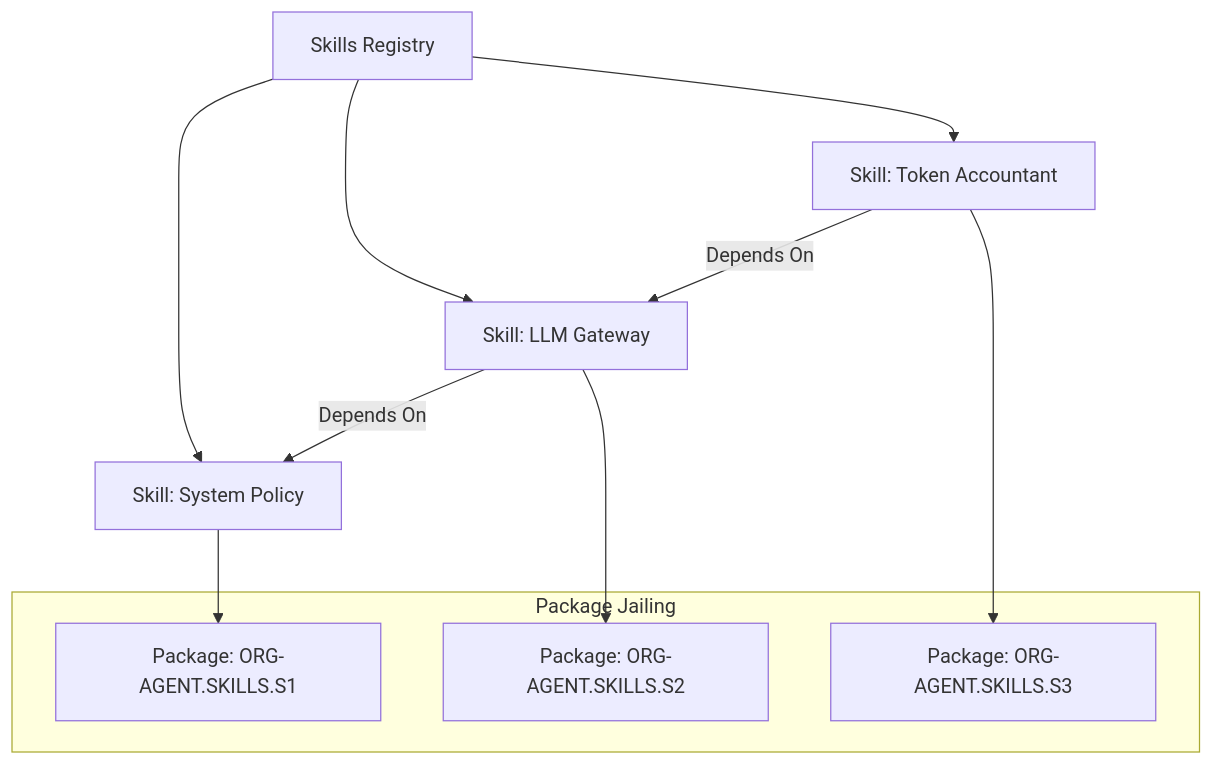
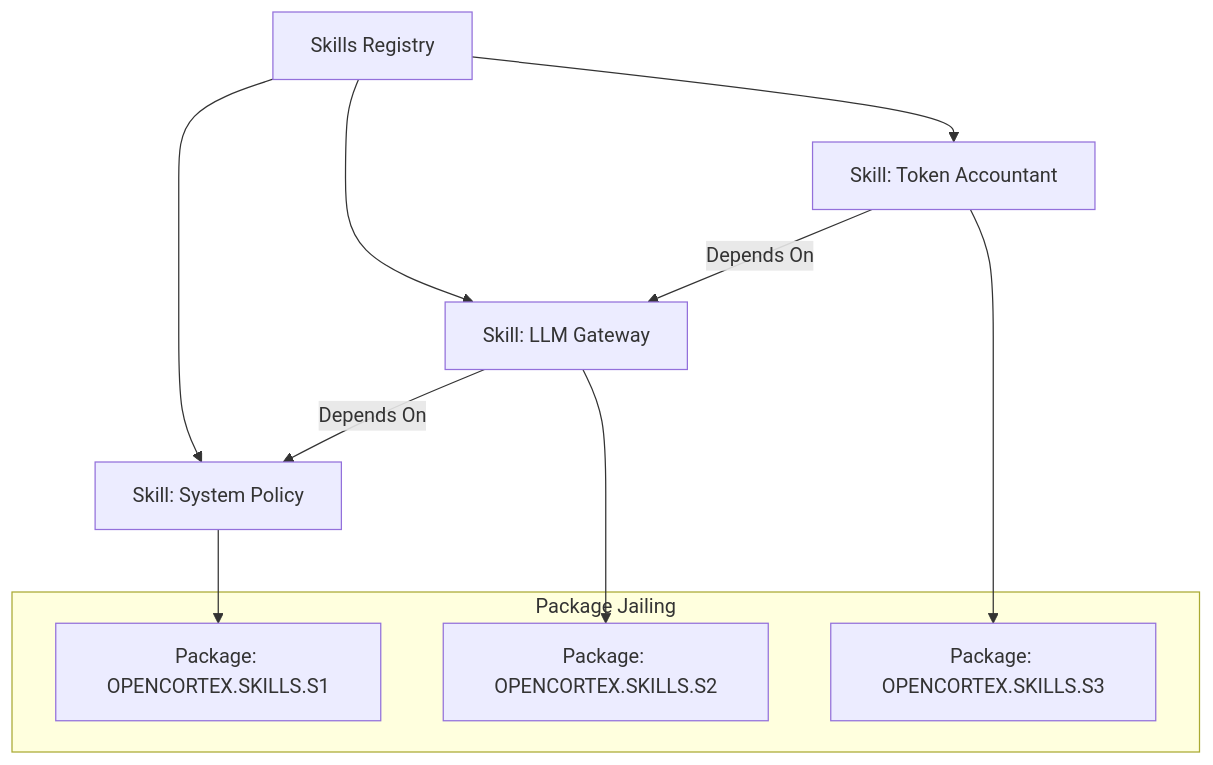
Before and after one commit to amrgharbeia/opencortex: the first of 2 diagrams in literate/skills.org, drawn with Mermaid. The commit also changed other lines of this file and 96 other files, not shown here.

Commit message:
REFAC: Global rename of org-agent to opencortex

```diff
--- a/literate/skills.org
+++ b/literate/skills.org
@@ -26,18 +26,18 @@
 #+begin_src mermaid
 flowchart TD
     Registry[Skills Registry] --> S1[Skill: System Policy]
     Registry --> S2[Skill: LLM Gateway]
     Registry --> S3[Skill: Token Accountant]
     S2 -- Depends On --> S1
     S3 -- Depends On --> S2
     
     subgraph Jailing[Package Jailing]
-        P1[Package: ORG-AGENT.SKILLS.S1]
-        P2[Package: ORG-AGENT.SKILLS.S2]
-        P3[Package: ORG-AGENT.SKILLS.S3]
+        P1[Package: OPENCORTEX.SKILLS.S1]
+        P2[Package: OPENCORTEX.SKILLS.S2]
+        P3[Package: OPENCORTEX.SKILLS.S3]
     end
     
     S1 --> P1
     S2 --> P2
     S3 --> P3
 #+end_src
```
